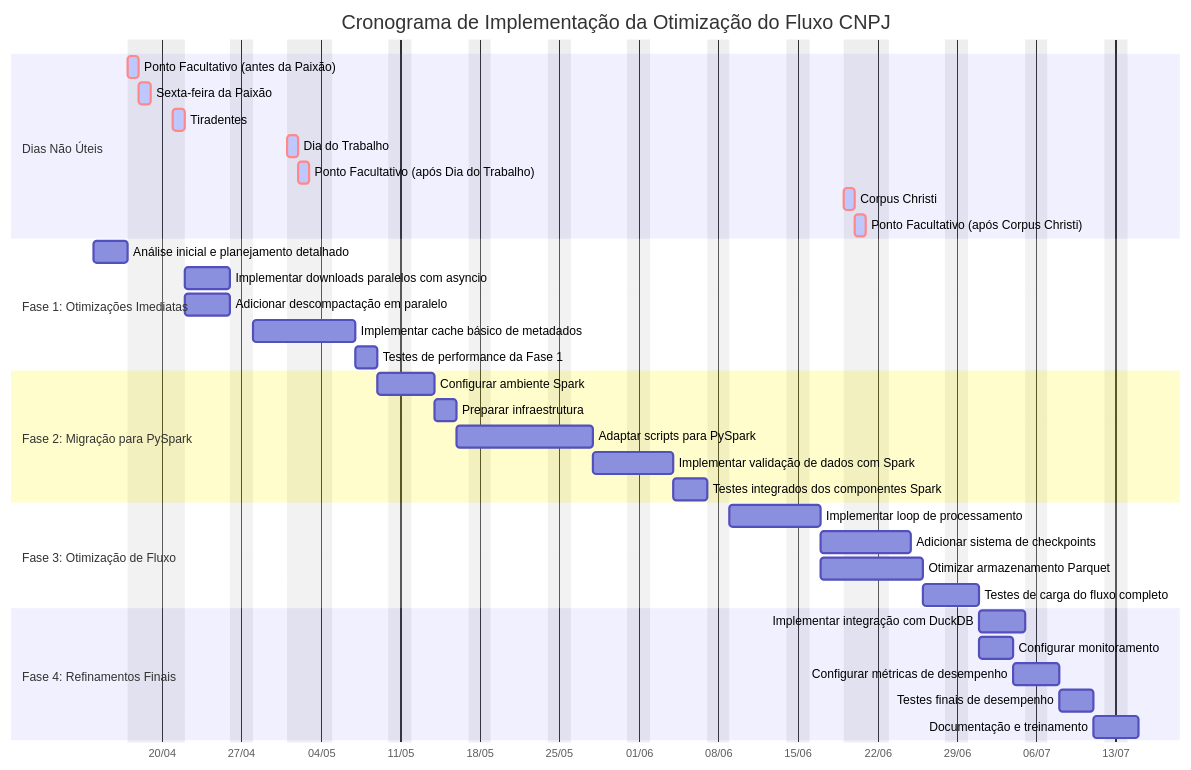
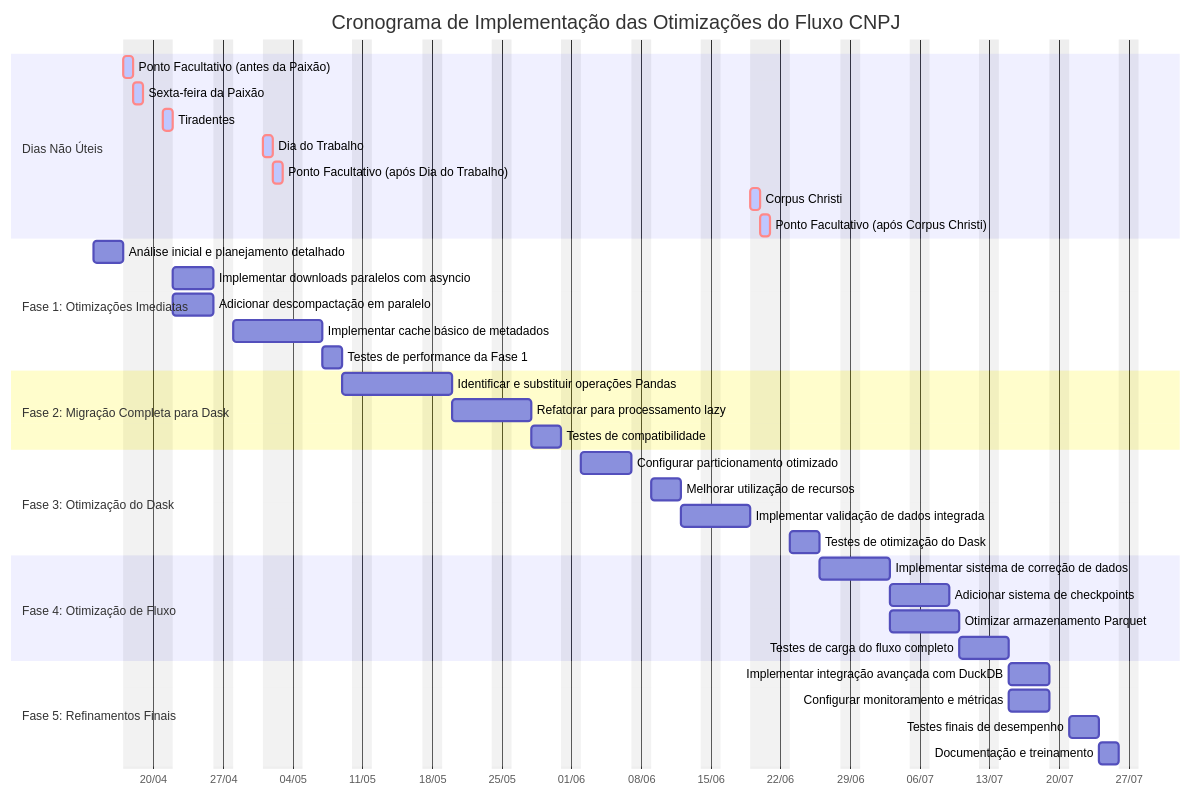
One commit to wmodanez/cnpj_dados_abertos changed the third of 3 diagrams in README.md. Above: the diagram before and after it, drawn with Mermaid. The commit also changed other lines of this file, not shown here.

````diff
--- a/README.md
+++ b/README.md
@@ -593,44 +626,47 @@
 ```mermaid
 gantt
-    title Cronograma de Implementação da Otimização do Fluxo CNPJ
+    title Cronograma de Implementação das Otimizações do Fluxo CNPJ
     dateFormat  YYYY-MM-DD
     axisFormat %d/%m
     excludes weekends 2025-04-17 2025-04-18 2025-04-21 2025-05-01 2025-05-02 2025-06-19 2025-06-20
     
     %% Feriados brasileiros e pontos facultativos
     section Dias Não Úteis
     Ponto Facultativo (antes da Paixão)       :crit, active, holiday0a, 2025-04-17, 1d
     Sexta-feira da Paixão                    :crit, active, holiday0, 2025-04-18, 1d
     Tiradentes                               :crit, active, holiday1, 2025-04-21, 1d
     Dia do Trabalho                          :crit, active, holiday2, 2025-05-01, 1d
     Ponto Facultativo (após Dia do Trabalho) :crit, active, holiday2b, 2025-05-02, 1d
     Corpus Christi                           :crit, active, holiday3, 2025-06-19, 1d
     Ponto Facultativo (após Corpus Christi)  :crit, active, holiday3b, 2025-06-20, 1d
     
     section Fase 1: Otimizações Imediatas
     Análise inicial e planejamento detalhado    :a1, 2025-04-14, 3d
     Implementar downloads paralelos com asyncio  :a2, after a1, 4d
     Adicionar descompactação em paralelo        :a3, after a1, 4d
     Implementar cache básico de metadados       :a4, after a2 a3, 5d
     Testes de performance da Fase 1             :a5, after a4, 2d
     
-    section Fase 2: Migração para PySpark
-    Configurar ambiente Spark                   :b1, after a5, 3d
-    Preparar infraestrutura                     :b2, after b1, 2d
-    Adaptar scripts para PySpark                :b3, after b2, 8d
-    Implementar validação de dados com Spark    :b4, after b3, 5d
-    Testes integrados dos componentes Spark     :b5, after b4, 3d
+    section Fase 2: Migração Completa para Dask
+    Identificar e substituir operações Pandas    :b1, after a5, 7d
+    Refatorar para processamento lazy            :b2, after b1, 6d
+    Testes de compatibilidade                    :b3, after b2, 3d
     
-    section Fase 3: Otimização de Fluxo
-    Implementar loop de processamento           :c1, after b5, 6d
-    Adicionar sistema de checkpoints            :c2, after c1, 4d
-    Otimizar armazenamento Parquet              :c3, after c1, 5d
-    Testes de carga do fluxo completo           :c4, after c2 c3, 3d
+    section Fase 3: Otimização do Dask
+    Configurar particionamento otimizado        :c1, after b3, 5d
+    Melhorar utilização de recursos             :c2, after c1, 3d
+    Implementar validação de dados integrada    :c3, after c2, 5d
+    Testes de otimização do Dask                :c4, after c3, 3d
     
-    section Fase 4: Refinamentos Finais
-    Implementar integração com DuckDB           :d1, after c4, 4d
-    Configurar monitoramento                    :d2, after c4, 3d
-    Configurar métricas de desempenho           :d3, after d2, 2d
-    Testes finais de desempenho                 :d4, after d1 d3, 3d
-    Documentação e treinamento                  :d5, after d4, 2d
+    section Fase 4: Otimização de Fluxo
+    Implementar sistema de correção de dados    :d1, after c4, 5d
+    Adicionar sistema de checkpoints            :d2, after d1, 4d
+    Otimizar armazenamento Parquet              :d3, after d1, 5d
+    Testes de carga do fluxo completo           :d4, after d2 d3, 3d
+    
+    section Fase 5: Refinamentos Finais
+    Implementar integração avançada com DuckDB  :e1, after d4, 4d
+    Configurar monitoramento e métricas         :e2, after d4, 4d
+    Testes finais de desempenho                 :e3, after e1 e2, 3d
+    Documentação e treinamento                  :e4, after e3, 2d
 ```
````
